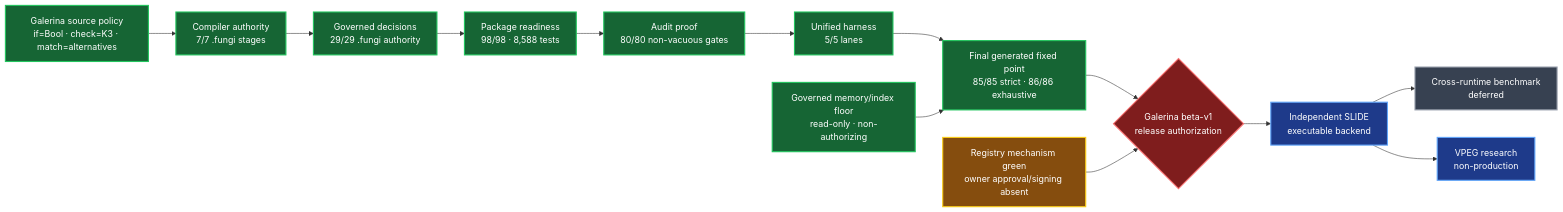
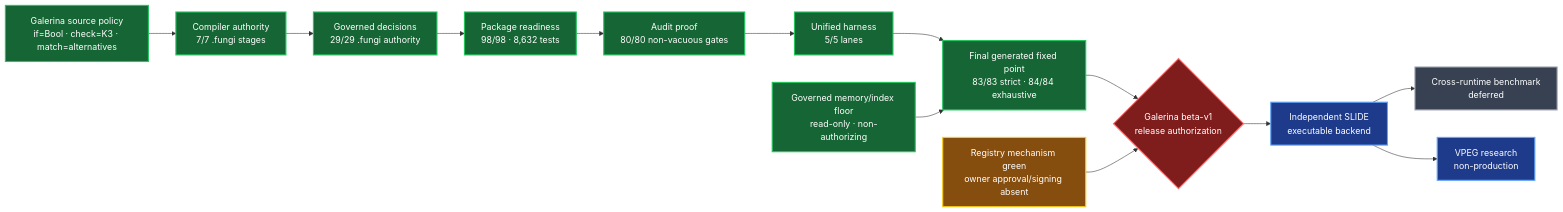
The diagram in docs/reports/zero-trust-tooling-refactor-completion-2026-07-29.md (TritHypha/Deveolpment-runtime-fungi-gate), drawn with Mermaid before and after one commit. The commit also changed other lines of this file and 3 other files, not shown here.

````diff
--- a/docs/reports/zero-trust-tooling-refactor-completion-2026-07-29.md
+++ b/docs/reports/zero-trust-tooling-refactor-completion-2026-07-29.md
@@ -34,28 +34,28 @@
 ```mermaid
 flowchart LR
     S["Galerina source policy<br/>if=Bool · check=K3 · match=alternatives"]:::green
     C["Compiler authority<br/>7/7 .fungi stages"]:::green
     K["Governed decisions<br/>29/29 .fungi authority"]:::green
-    P["Package readiness<br/>98/98 · 8,588 tests"]:::green
+    P["Package readiness<br/>98/98 · 8,632 tests"]:::green
     A["Audit proof<br/>80/80 non-vacuous gates"]:::green
     U["Unified harness<br/>5/5 lanes"]:::green
-    X["Final generated fixed point<br/>85/85 strict · 86/86 exhaustive"]:::green
+    X["Final generated fixed point<br/>83/83 strict · 84/84 exhaustive"]:::green
     M["Governed memory/index floor<br/>read-only · non-authorizing"]:::green
     R["Registry mechanism green<br/>owner approval/signing absent"]:::amber
     B{"Galerina beta-v1<br/>release authorization"}:::red
     L["Independent SLIDE<br/>executable backend"]:::blue
     V["VPEG research<br/>non-production"]:::blue
     Q["Cross-runtime benchmark<br/>deferred"]:::grey
 
     S --> C --> K --> P --> A --> U --> X --> B
     M --> X
     R --> B
     B --> L --> Q
     L --> V
 
     classDef green fill:#166534,color:#fff,stroke:#22c55e,stroke-width:2px;
     classDef amber fill:#854d0e,color:#fff,stroke:#facc15,stroke-width:2px;
     classDef red fill:#7f1d1d,color:#fff,stroke:#f87171,stroke-width:2px;
     classDef blue fill:#1e3a8a,color:#fff,stroke:#60a5fa,stroke-width:2px;
     classDef grey fill:#374151,color:#fff,stroke:#9ca3af,stroke-width:2px;
 ```
````
